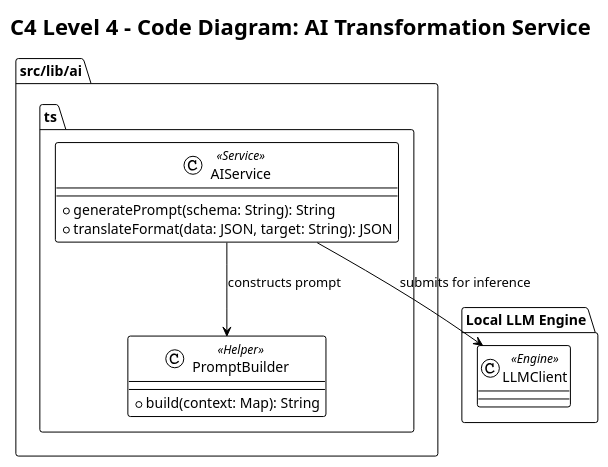
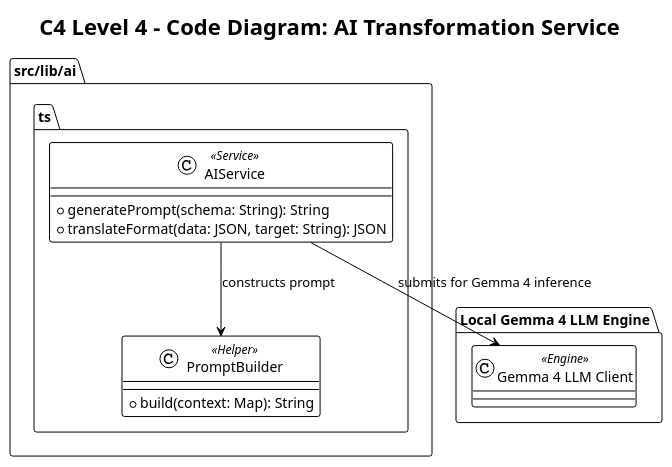
The diagram in docs/MSYADD1/code_diagram/c4_component_code_diagram/Component_Diagram_High_Level_ADAPT_iPaaS_Middleware/AI_Transformation_Service.puml (APC-SoCIT/APC-2026-2027-T1-IT241-Grp3-WAH4PCE-An-AI-Driven-Interoperability-Bridge-for-iHOMIS), drawn with PlantUML before and after one commit. The commit also changed 7 other files, not shown here.

Commit message:
docs: update references to Local LLM Engine to Local Gemma 4 LLM Engine across diagrams and documentation

```diff
--- a/docs/MSYADD1/code_diagram/c4_component_code_diagram/Component_Diagram_High_Level_ADAPT_iPaaS_Middleware/AI_Transformation_Service.puml
+++ b/docs/MSYADD1/code_diagram/c4_component_code_diagram/Component_Diagram_High_Level_ADAPT_iPaaS_Middleware/AI_Transformation_Service.puml
@@ -1,23 +1,23 @@
 @startuml AI_Transformation_Service
 !theme plain
 title C4 Level 4 - Code Diagram: AI Transformation Service
 
 package "src/lib/ai.ts" {
     class AIService <<Service>> {
         + generatePrompt(schema: String): String
         + translateFormat(data: JSON, target: String): JSON
     }
     
     class PromptBuilder <<Helper>> {
         + build(context: Map): String
     }
 }
 
-package "Local LLM Engine" {
-    class LLMClient <<Engine>>
+package "Local Gemma 4 LLM Engine" {
+    class "Gemma 4 LLM Client" as Gemma4Client <<Engine>>
 }
 
 AIService --> PromptBuilder : constructs prompt
-AIService --> LLMClient : submits for inference
+AIService --> Gemma4Client : submits for Gemma 4 inference
 
 @enduml
```
